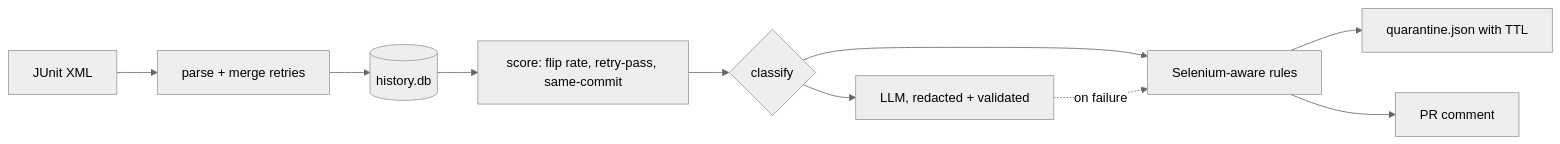
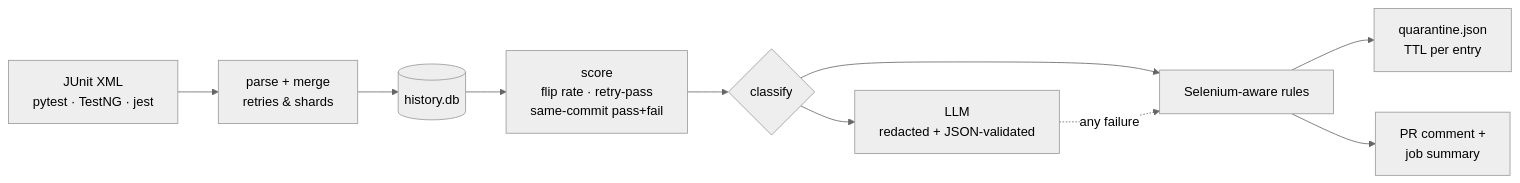
One commit to baggy2797/baggy2797 changed the first of 3 diagrams in README.md. Above: the diagram before and after it, drawn with Mermaid (neutral theme). The commit also changed other lines of this file, not shown here.

````diff
--- a/README.md
+++ b/README.md
@@ -51,11 +162,12 @@
 ```mermaid
 flowchart LR
-  X[JUnit XML] --> P[parse + merge retries] --> H[(history.db)]
-  H --> A[score: flip rate, retry-pass, same-commit]
+  X[JUnit XML<br/>pytest · TestNG · jest] --> P[parse + merge<br/>retries & shards]
+  P --> H[(history.db)]
+  H --> A[score<br/>flip rate · retry-pass<br/>same-commit pass+fail]
   A --> C{classify}
   C --> R[Selenium-aware rules]
-  C --> L[LLM, redacted + validated]
-  L -. on failure .-> R
-  R --> Q[quarantine.json with TTL]
-  R --> PR[PR comment]
+  C --> L[LLM<br/>redacted + JSON-validated]
+  L -. any failure .-> R
+  R --> Q[quarantine.json<br/>TTL per entry]
+  R --> PR[PR comment +<br/>job summary]
 ```
````
